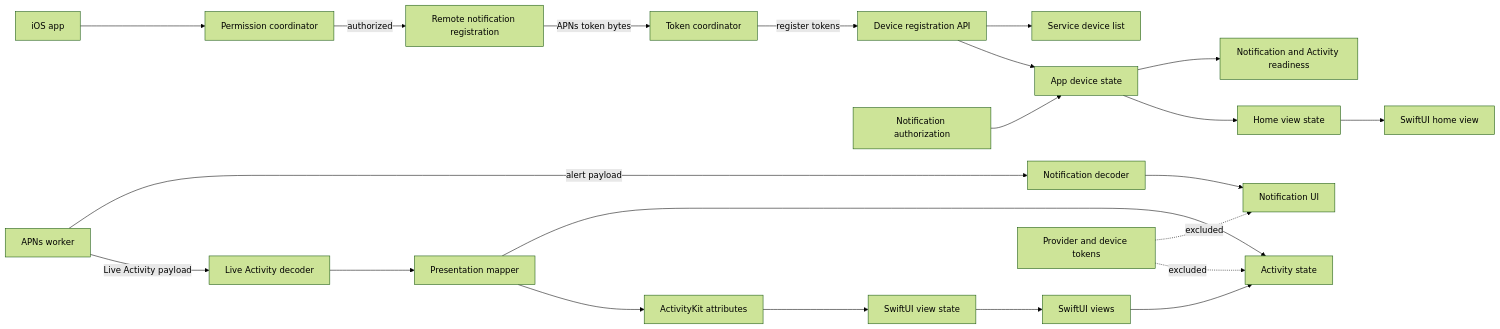
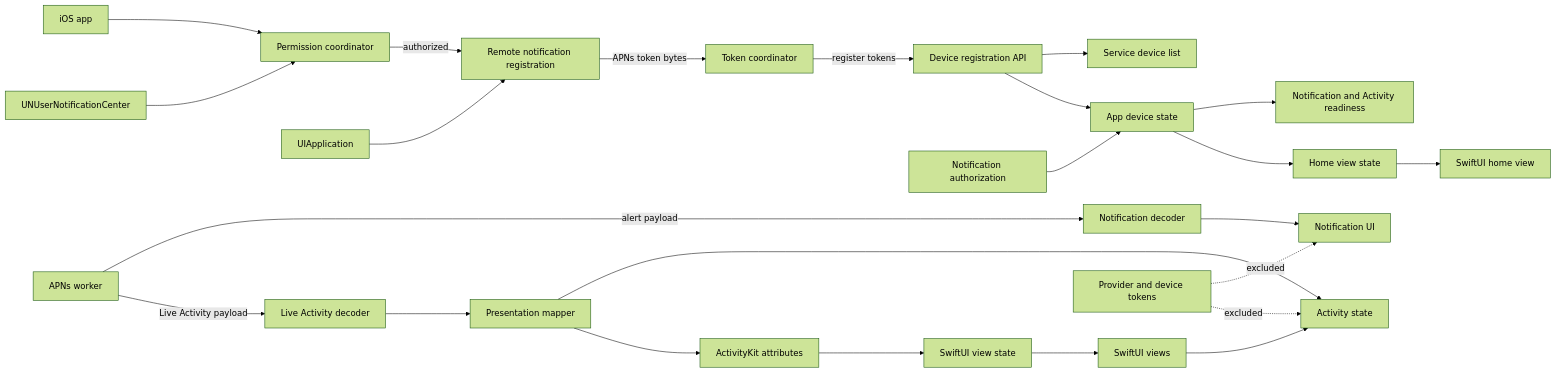
The diagram in docs/ios.md (dotbrains/beam), drawn with Mermaid (forest theme) before and after one commit. The commit also changed other lines of this file and 2 other files, not shown here.

Commit message:
feat: add iOS notification platform adapters

````diff
--- a/docs/ios.md
+++ b/docs/ios.md
@@ -8,24 +8,26 @@
 ```mermaid
 flowchart LR
   app[iOS app] --> permissionFlow[Permission coordinator]
+  userNotifications[UNUserNotificationCenter] --> permissionFlow
   permissionFlow -->|authorized| remote[Remote notification registration]
+  uiApplication[UIApplication] --> remote
   remote -->|APNs token bytes| coordinator[Token coordinator]
   coordinator -->|register tokens| api[Device registration API]
   api --> service[Service device list]
   api --> deviceState[App device state]
   permission[Notification authorization] --> deviceState
   deviceState --> routing[Notification and Activity readiness]
   deviceState --> homeState[Home view state]
   homeState --> home[SwiftUI home view]
   worker[APNs worker] -->|alert payload| notification[Notification decoder]
   worker -->|Live Activity payload| activity[Live Activity decoder]
   notification --> ui[Notification UI]
   activity --> presentation[Presentation mapper]
   presentation --> live[Activity state]
   presentation --> attributes[ActivityKit attributes]
   attributes --> viewState[SwiftUI view state]
   viewState --> views[SwiftUI views]
   views --> live
   secrets[Provider and device tokens] -. excluded .-> ui
   secrets -. excluded .-> live
 ```
````
